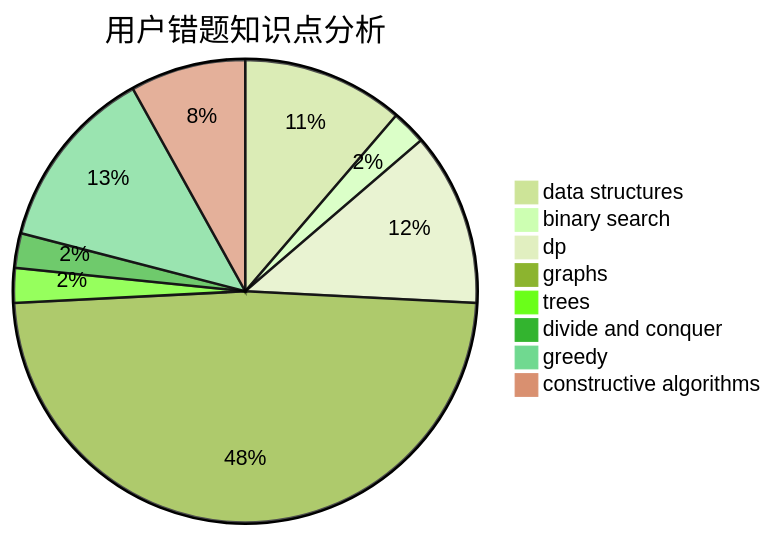
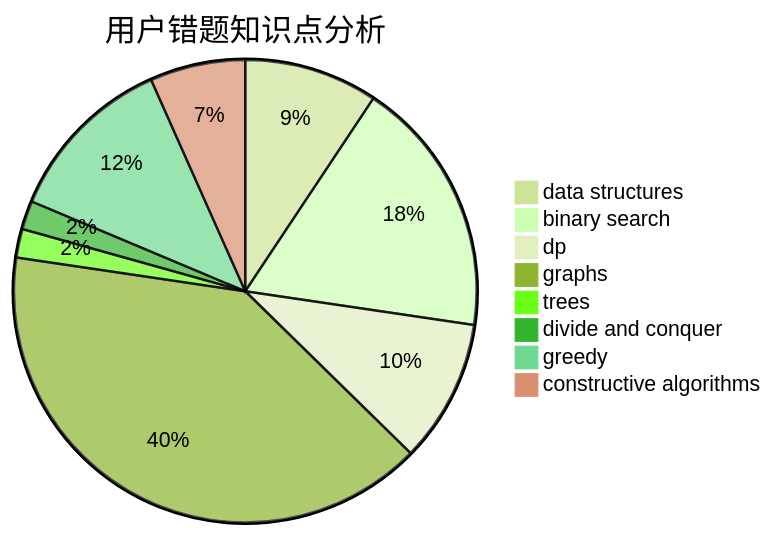
One commit to sherpahu/cfrs.github.io changed the third of 3 diagrams in docs/user/u1277.md. Above: the diagram before and after it, drawn with Mermaid (forest theme). The commit also changed other lines of this file and 2770 other files, not shown here.

````diff
--- a/docs/user/u1277.md
+++ b/docs/user/u1277.md
@@ -36,11 +36,11 @@
 ```mermaid
 pie title 用户错题知识点分析
     "data structures" :  14
-    "binary search" :  3
+    "binary search" :  27
     "dp" :  15
     "graphs" :  60
     "trees" :  3
     "divide and conquer" :  3
-    "greedy" :  16
+    "greedy" :  18
     "constructive algorithms" :  10
 ```
````
